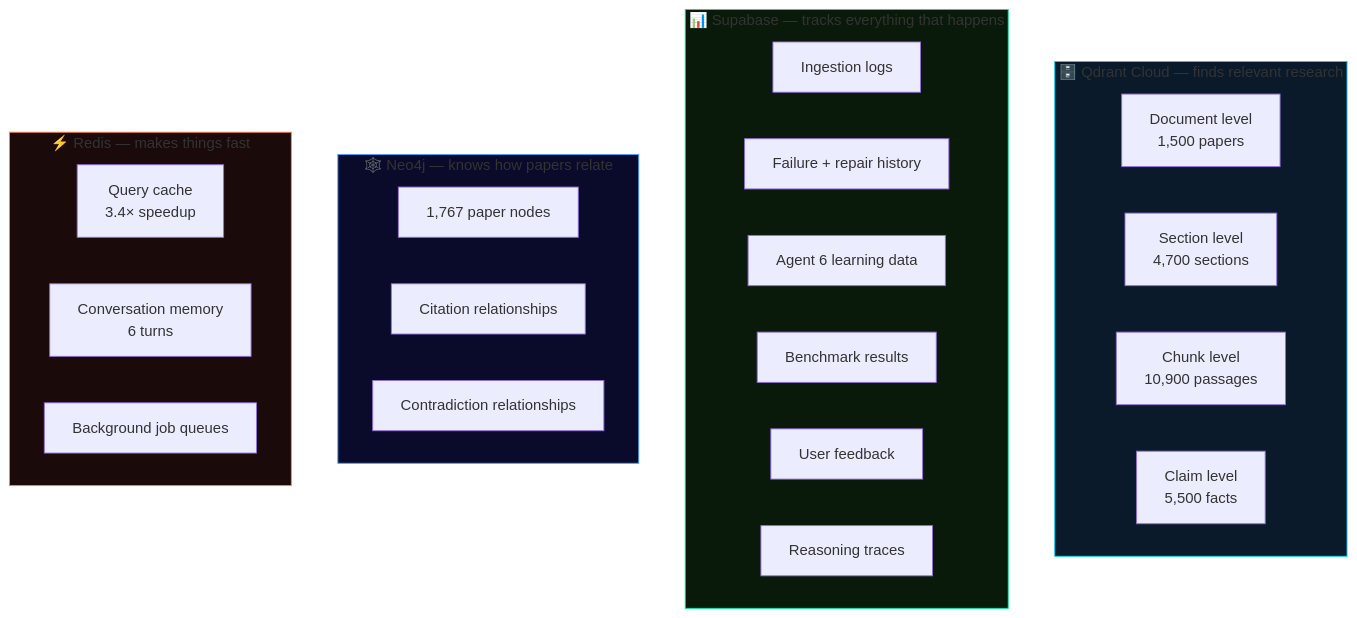
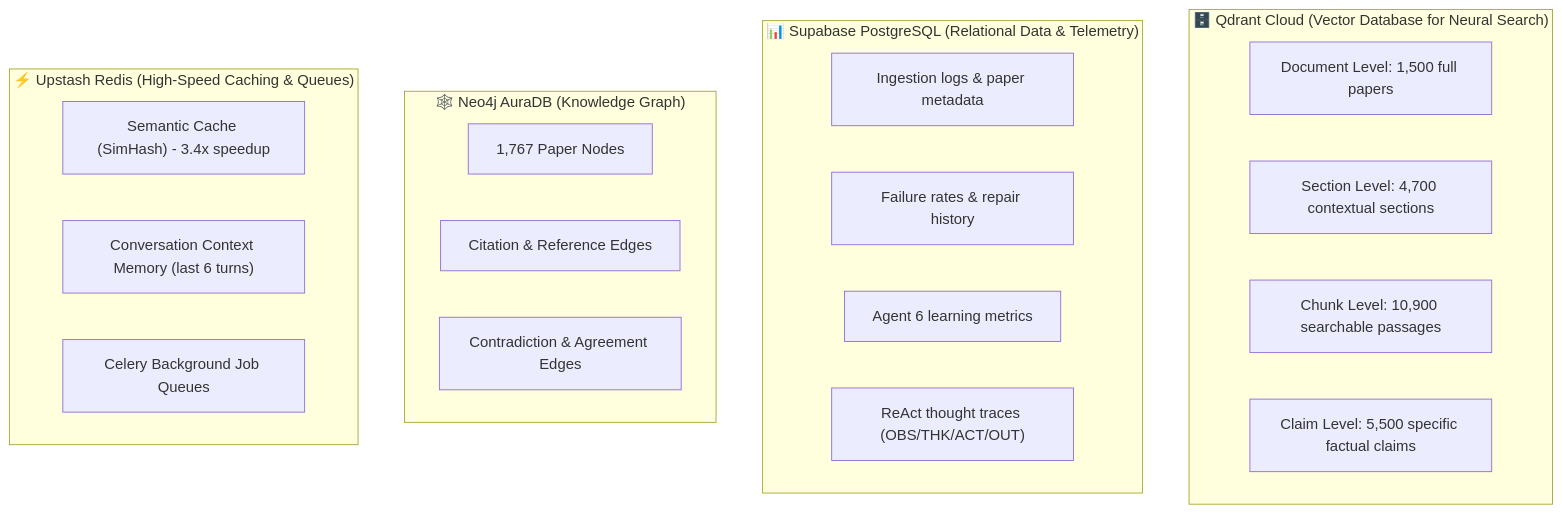
The eighth of 8 diagrams in README.md (pavan939111/SelfLearning_Rag), drawn with Mermaid before and after one commit. The commit also changed other lines of this file and 1 other file, not shown here.

Commit message:
docs: redesign mermaid diagrams for better colors and missing information

````diff
--- a/README.md
+++ b/README.md
@@ -291,35 +235,28 @@
 ```mermaid
 flowchart TB
-    subgraph Q ["🗄️ Qdrant Cloud — finds relevant research"]
-        Q1["Document level\n1,500 papers"]
-        Q2["Section level\n4,700 sections"]
-        Q3["Chunk level\n10,900 passages"]
-        Q4["Claim level\n5,500 facts"]
+    subgraph Q ["🗄️ Qdrant Cloud (Vector Database for Neural Search)"]
+        Q1["Document Level: 1,500 full papers"]
+        Q2["Section Level: 4,700 contextual sections"]
+        Q3["Chunk Level: 10,900 searchable passages"]
+        Q4["Claim Level: 5,500 specific factual claims"]
     end
 
-    subgraph S ["📊 Supabase — tracks everything that happens"]
-        S1["Ingestion logs"]
-        S2["Failure + repair history"]
-        S3["Agent 6 learning data"]
-        S4["Benchmark results"]
-        S5["User feedback"]
-        S6["Reasoning traces"]
+    subgraph S ["📊 Supabase PostgreSQL (Relational Data & Telemetry)"]
+        S1["Ingestion logs & paper metadata"]
+        S2["Failure rates & repair history"]
+        S3["Agent 6 learning metrics"]
+        S4["ReAct thought traces (OBS/THK/ACT/OUT)"]
     end
 
-    subgraph N ["🕸️ Neo4j — knows how papers relate"]
-        N1["1,767 paper nodes"]
-        N2["Citation relationships"]
-        N3["Contradiction relationships"]
+    subgraph N ["🕸️ Neo4j AuraDB (Knowledge Graph)"]
+        N1["1,767 Paper Nodes"]
+        N2["Citation & Reference Edges"]
+        N3["Contradiction & Agreement Edges"]
     end
 
-    subgraph R ["⚡ Redis — makes things fast"]
-        R1["Query cache\n3.4× speedup"]
-        R2["Conversation memory\n6 turns"]
-        R3["Background job queues"]
+    subgraph R ["⚡ Upstash Redis (High-Speed Caching & Queues)"]
+        R1["Semantic Cache (SimHash) - 3.4x speedup"]
+        R2["Conversation Context Memory (last 6 turns)"]
+        R3["Celery Background Job Queues"]
     end
-
-    style Q fill:#0a1a2a,stroke:#00d4ff
-    style S fill:#0a1a0a,stroke:#00e5a0
-    style N fill:#0a0a2a,stroke:#4a9eff
-    style R fill:#1a0a0a,stroke:#ff8c42
 ```
````
